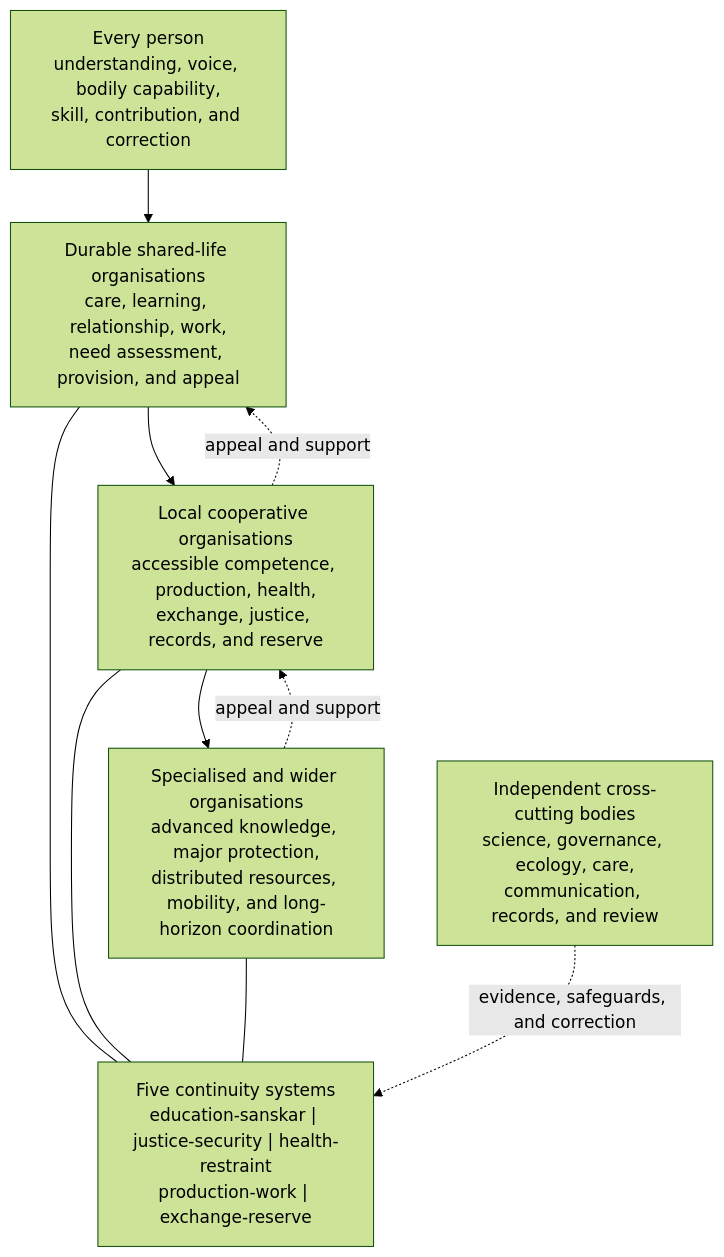
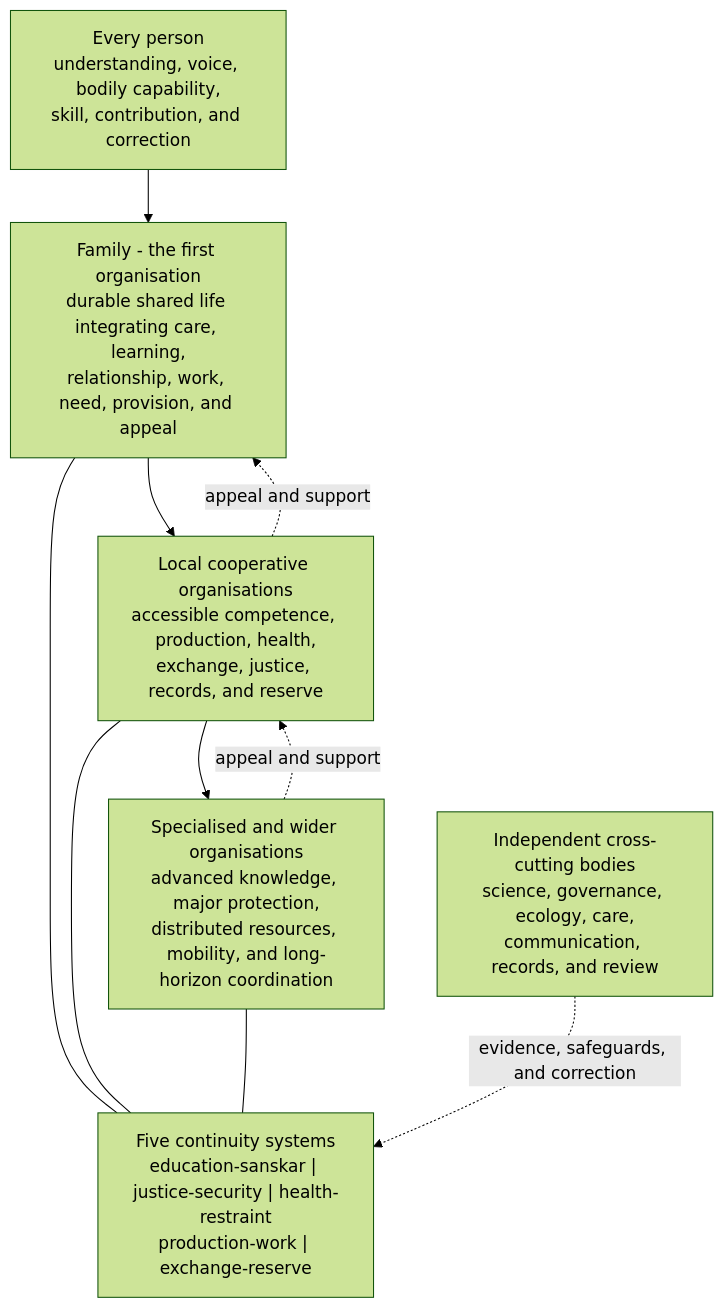
The diagram in Studies/The-Epistemology-of-Coexistence/Research-Note-Proposed-External-Organisation-From-Jeevan-Architecture.md (raghavamohan/AnalyticMadhyasthDarshan), drawn with Mermaid (forest theme) before and after one commit. The commit also changed other lines of this file and 2 other files, not shown here.

Commit message:
State family as the first organisation

````diff
--- a/Studies/The-Epistemology-of-Coexistence/Research-Note-Proposed-External-Organisation-From-Jeevan-Architecture.md
+++ b/Studies/The-Epistemology-of-Coexistence/Research-Note-Proposed-External-Organisation-From-Jeevan-Architecture.md
@@ -29,17 +29,17 @@
 ```mermaid
 flowchart TB
     P["Every person<br/>understanding, voice, bodily capability,<br/>skill, contribution, and correction"]
-    F["Durable shared-life organisations<br/>care, learning, relationship, work,<br/>need assessment, provision, and appeal"]
+    F["Family - the first organisation<br/>durable shared life integrating care, learning,<br/>relationship, work, need, provision, and appeal"]
     L["Local cooperative organisations<br/>accessible competence, production, health,<br/>exchange, justice, records, and reserve"]
     W["Specialised and wider organisations<br/>advanced knowledge, major protection,<br/>distributed resources, mobility, and long-horizon coordination"]
     C["Five continuity systems<br/>education-sanskar | justice-security | health-restraint<br/>production-work | exchange-reserve"]
     X["Independent cross-cutting bodies<br/>science, governance, ecology, care,<br/>communication, records, and review"]
 
     P --> F --> L --> W
     F --- C
     L --- C
     W --- C
     X -. "evidence, safeguards, and correction" .-> C
     W -. "appeal and support" .-> L
     L -. "appeal and support" .-> F
 ```
````
